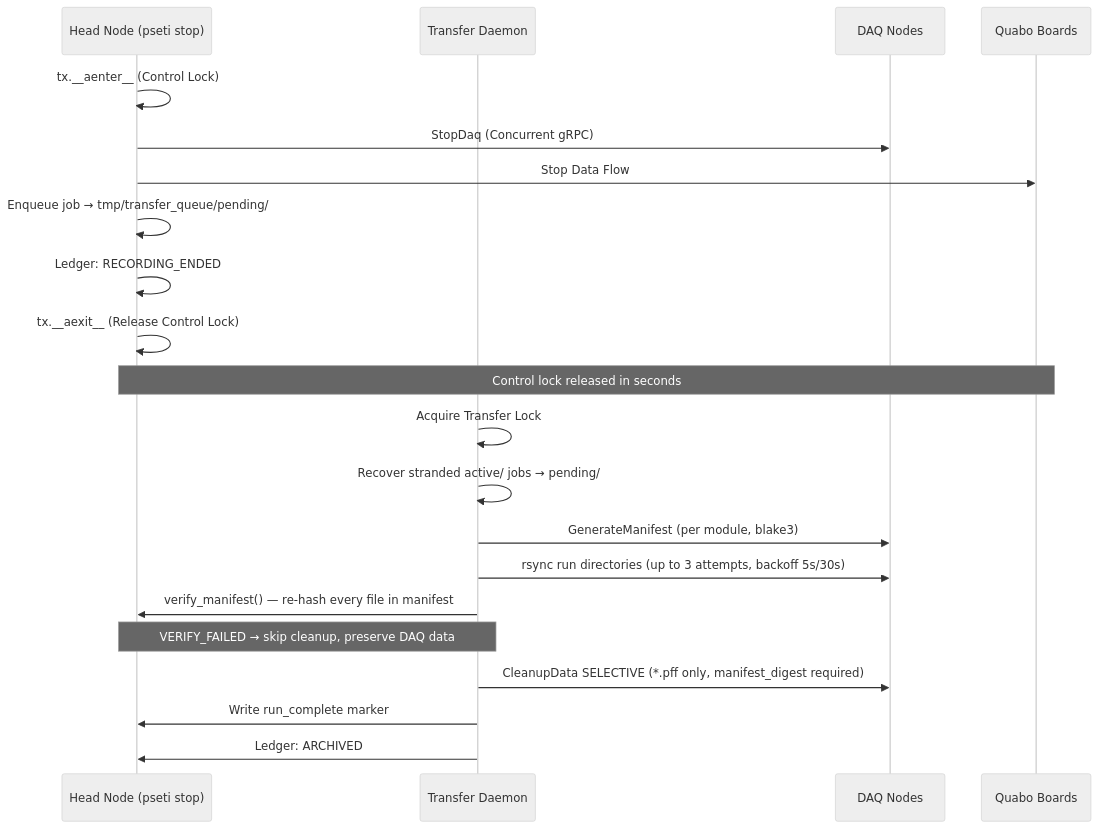
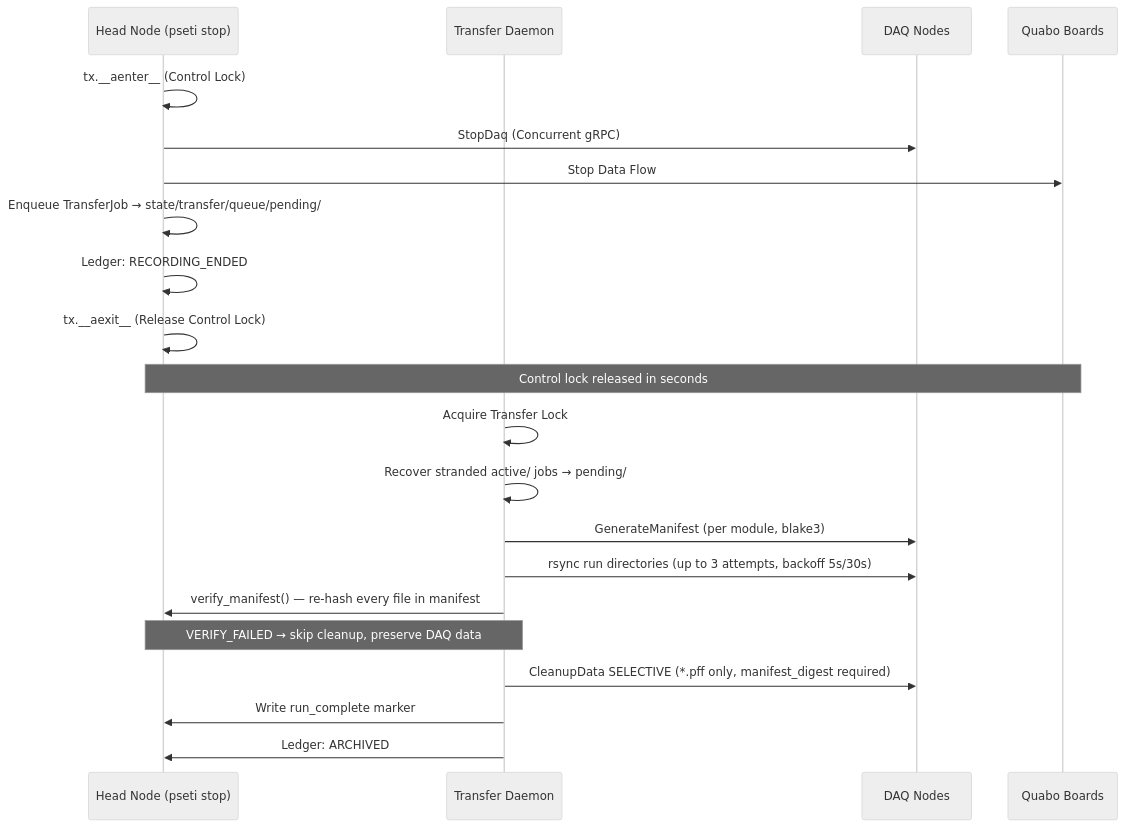
The fourth of 4 diagrams in control/TRANSACTIONS.md (panoseti/panoseti), drawn with Mermaid (neutral theme) before and after one commit. The commit also changed other lines of this file and 5 other files, not shown here.

````diff
--- a/control/TRANSACTIONS.md
+++ b/control/TRANSACTIONS.md
@@ -195,26 +299,26 @@
 ```mermaid
 sequenceDiagram
     participant Head as Head Node (pseti stop)
     participant Daemon as Transfer Daemon
     participant DAQ as DAQ Nodes
     participant Quabo as Quabo Boards
 
     Head->>Head: tx.__aenter__ (Control Lock)
     Head->>DAQ: StopDaq (Concurrent gRPC)
     Head->>Quabo: Stop Data Flow
-    Head->>Head: Enqueue job → tmp/transfer_queue/pending/
+    Head->>Head: Enqueue TransferJob → state/transfer/queue/pending/
     Head->>Head: Ledger: RECORDING_ENDED
     Head->>Head: tx.__aexit__ (Release Control Lock)
 
     Note over Head,Quabo: Control lock released in seconds
 
     Daemon->>Daemon: Acquire Transfer Lock
     Daemon->>Daemon: Recover stranded active/ jobs → pending/
     Daemon->>DAQ: GenerateManifest (per module, blake3)
     Daemon->>DAQ: rsync run directories (up to 3 attempts, backoff 5s/30s)
     Daemon->>Head: verify_manifest() — re-hash every file in manifest
     Note over Daemon,Head: VERIFY_FAILED → skip cleanup, preserve DAQ data
     Daemon->>DAQ: CleanupData SELECTIVE (*.pff only, manifest_digest required)
     Daemon->>Head: Write run_complete marker
     Daemon->>Head: Ledger: ARCHIVED
 ```
````
